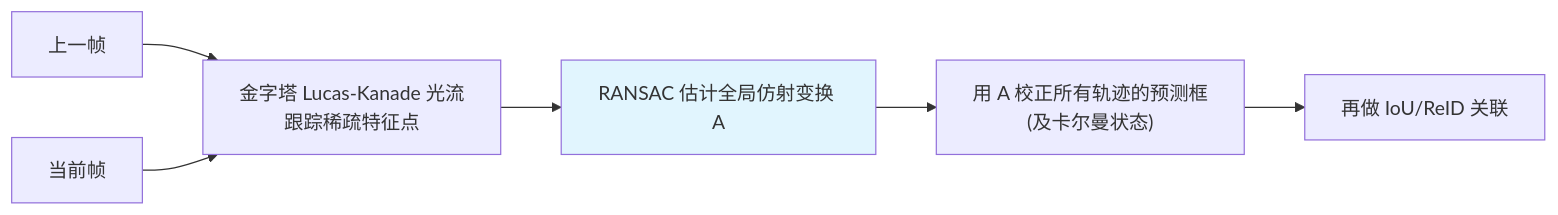
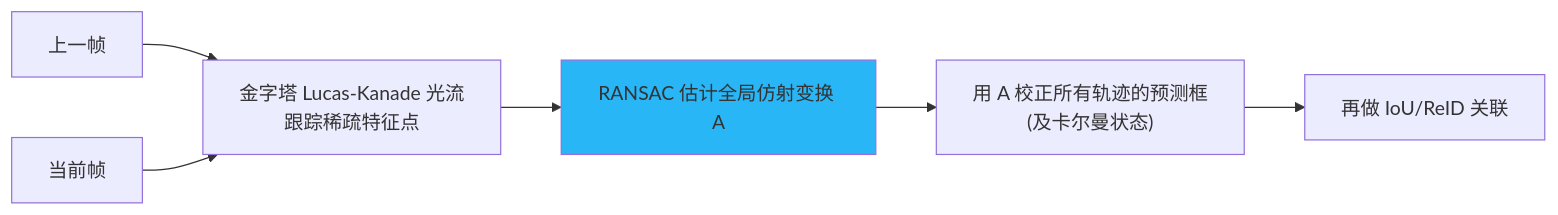
One commit to yyq19990828/onnxtools changed the second of 4 diagrams in docs/guides/tracking/botsort.md. Above: the diagram before and after it, drawn with Mermaid. The commit also changed other lines of this file and 12 other files, not shown here.

First line of the commit message:
fix(docs): 修复 mermaid 暗色模式配色 + 语法报错 + 数学公式渲染

````diff
--- a/docs/guides/tracking/botsort.md
+++ b/docs/guides/tracking/botsort.md
@@ -35,9 +35,9 @@
 ```mermaid
 flowchart LR
     F1["上一帧"] --> KLT["金字塔 Lucas-Kanade 光流<br/>跟踪稀疏特征点"]
     F2["当前帧"] --> KLT
     KLT --> RANSAC["RANSAC 估计全局仿射变换 A"]
     RANSAC --> WARP["用 A 校正所有轨迹的预测框<br/>(及卡尔曼状态)"]
     WARP --> ASSOC["再做 IoU/ReID 关联"]
-    style RANSAC fill:#e1f5fe
+    style RANSAC fill:#29b6f6
 ```
````
